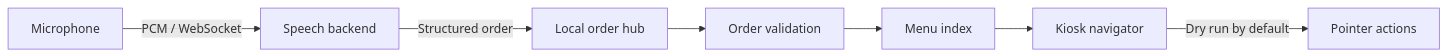
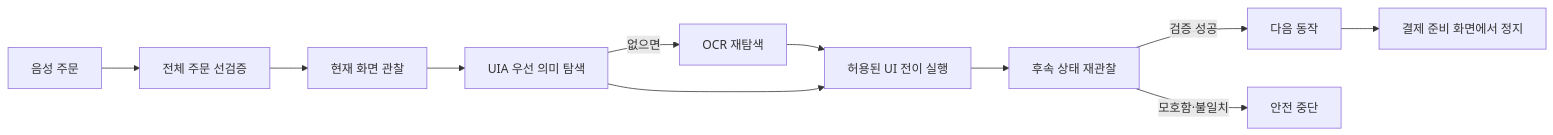
One commit to UNITHON24/Macro changed the diagram in README.md. Above: the diagram before and after it, drawn with Mermaid. The commit also changed other lines of this file and 42 other files, not shown here.

````diff
--- a/README.md
+++ b/README.md
@@ -18,9 +26,13 @@
 ```mermaid
 flowchart LR
-    A[Microphone] -->|PCM / WebSocket| B[Speech backend]
-    B -->|Structured order| C[Local order hub]
-    C --> D[Order validation]
-    D --> E[Menu index]
-    E --> F[Kiosk navigator]
-    F -->|Dry run by default| G[Pointer actions]
+    A[음성 주문] --> B[전체 주문 선검증]
+    B --> C[현재 화면 관찰]
+    C --> D[UIA 우선 의미 탐색]
+    D -->|없으면| E[OCR 재탐색]
+    E --> F[허용된 UI 전이 실행]
+    D --> F
+    F --> G[후속 상태 재관찰]
+    G -->|검증 성공| H[다음 동작]
+    G -->|모호함·불일치| I[안전 중단]
+    H --> J[결제 준비 화면에서 정지]
 ```
````
